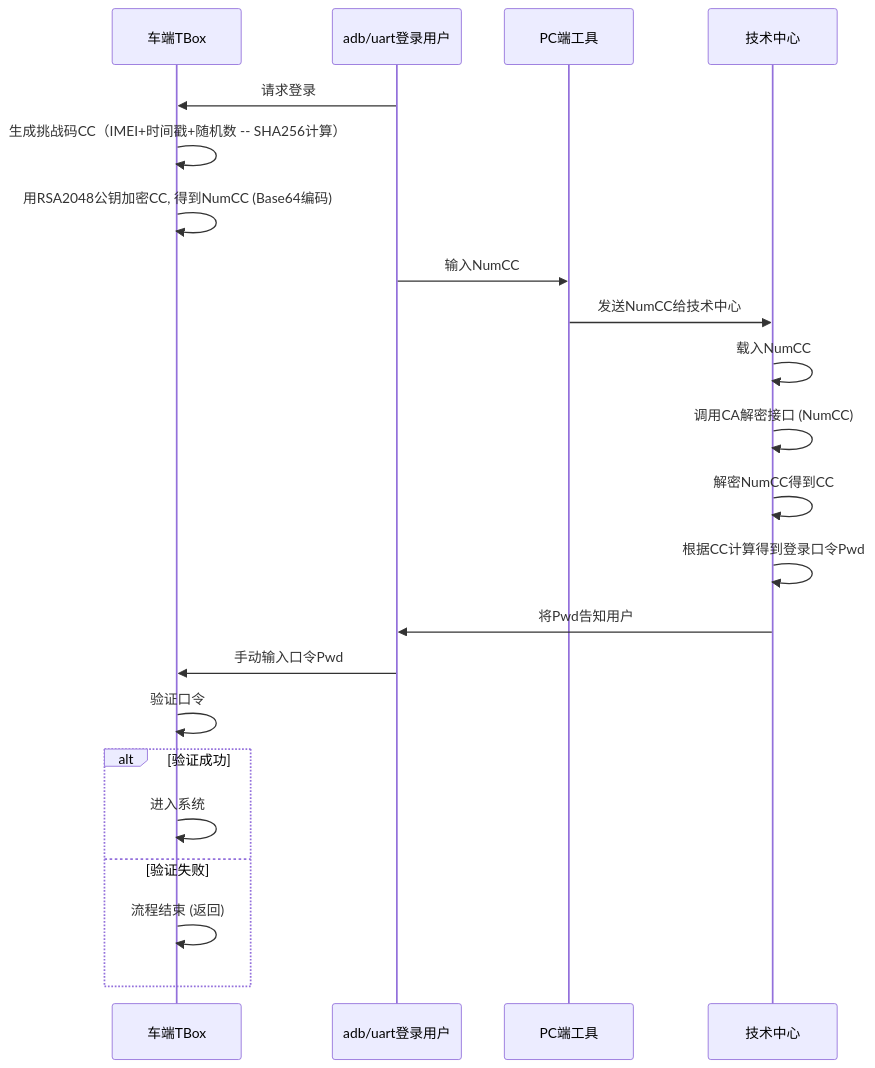
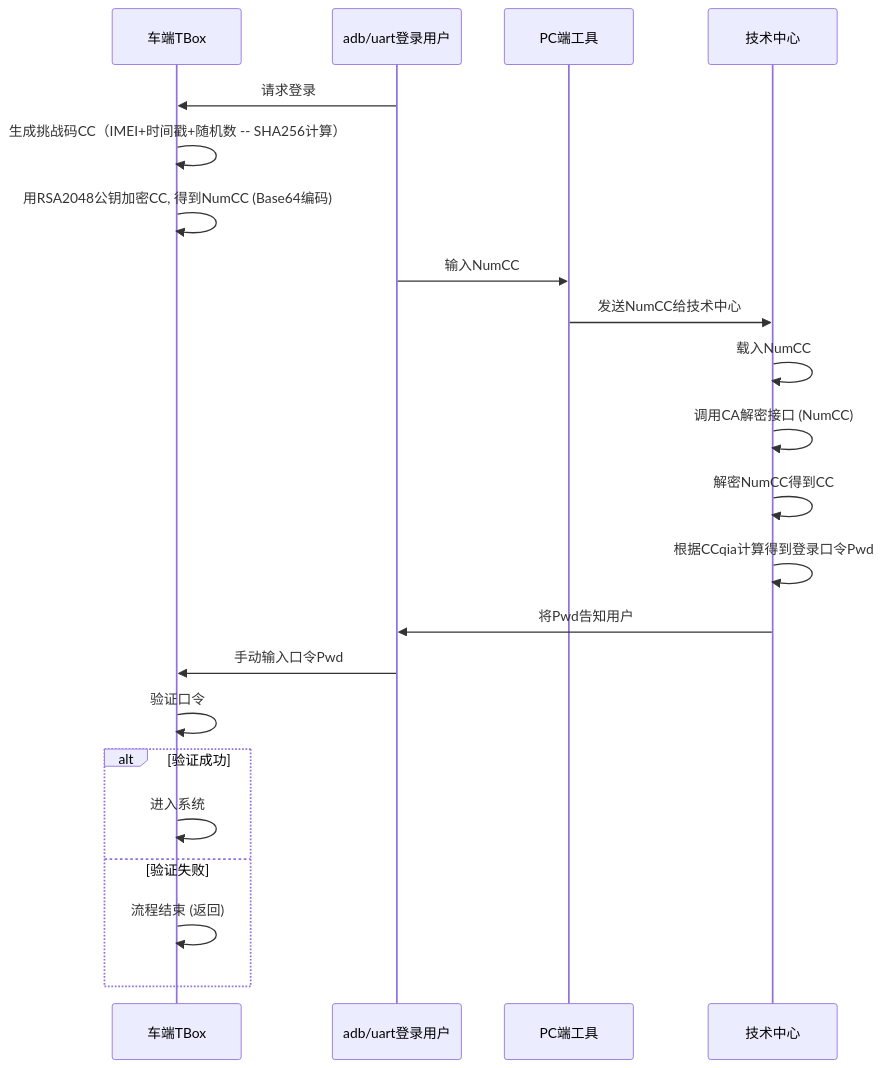
The diagram in all/未命名-13.md (facebook-cloud/iodraw-files), drawn with Mermaid before and after one commit.

Commit message:
2026-01-26 19:04:41 update

````diff
--- a/all/未命名-13.md
+++ b/all/未命名-13.md
@@ -1,28 +1,28 @@
 ```mermaid
 sequenceDiagram
     participant tbox as 车端TBox
     participant user as adb/uart登录用户
     participant pc as PC端工具
     participant tech_center as 技术中心
   
 
     user->>tbox: 请求登录
     tbox->>tbox: 生成挑战码CC（IMEI+时间戳+随机数 -- SHA256计算）
     tbox->>tbox: 用RSA2048公钥加密CC, 得到NumCC (Base64编码)
     user->>pc: 输入NumCC
     pc->>tech_center: 发送NumCC给技术中心
     tech_center->>tech_center: 载入NumCC
     tech_center->>tech_center: 调用CA解密接口 (NumCC)
     tech_center->>tech_center: 解密NumCC得到CC
-    tech_center->>tech_center: 根据CC计算得到登录口令Pwd
+    tech_center->>tech_center: 根据CCqia计算得到登录口令Pwd
     tech_center->>user: 将Pwd告知用户
     user->>tbox: 手动输入口令Pwd
     tbox->>tbox: 验证口令
     alt 验证成功
         tbox->>tbox: 进入系统
     else 验证失败
         tbox->>tbox: 流程结束 (返回)
     end
 
 
 ```
````
